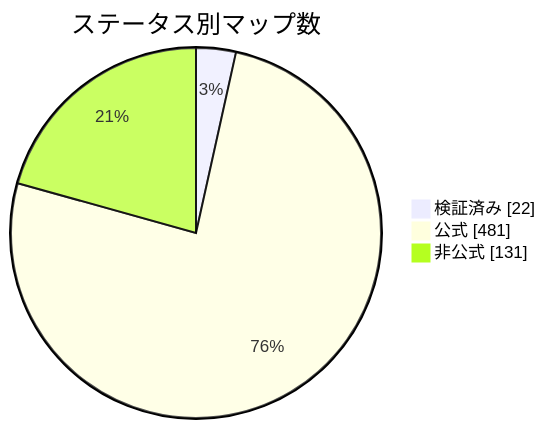
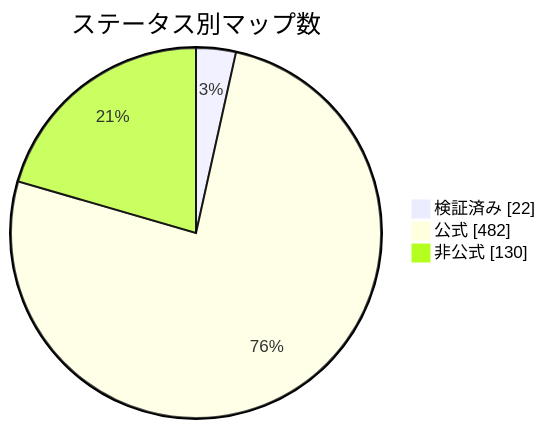
The diagram in docs/readme/README_JP.md (nobrega8/mbmap-library), drawn with Mermaid before and after one commit. The commit also changed 6 other files, not shown here.

````diff
--- a/docs/readme/README_JP.md
+++ b/docs/readme/README_JP.md
@@ -54,7 +54,7 @@
 ```mermaid
 pie showData
     title ステータス別マップ数
     "検証済み" : 22
-    "公式" : 481
-    "非公式" : 131
+    "公式" : 482
+    "非公式" : 130
 ```
````
